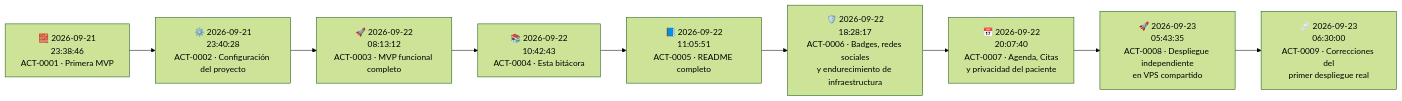
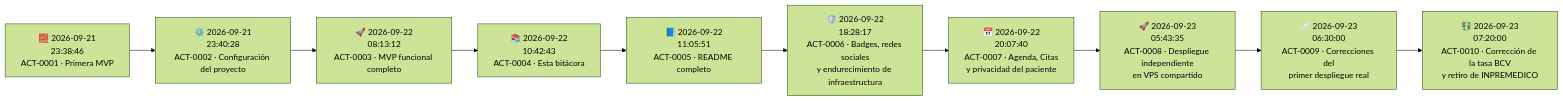
Before and after one commit to merchandev/guiamedicamonagas: the second of 2 diagrams in Actualizaciones.md, drawn with Mermaid (forest theme). The commit also changed other lines of this file, not shown here.

Commit message:
docs: log ACT-0010 in Actualizaciones.md

````diff
--- a/Actualizaciones.md
+++ b/Actualizaciones.md
@@ -104,14 +104,15 @@
 ```mermaid
 flowchart LR
     A[🧱 2026-09-21\n23:38:46\nACT-0001 · Primera MVP]
     B[⚙️ 2026-09-21\n23:40:28\nACT-0002 · Configuración del proyecto]
     C[🚀 2026-09-22\n08:13:12\nACT-0003 · MVP funcional completo]
     D[📚 2026-09-22\n10:42:43\nACT-0004 · Esta bitácora]
     E[📘 2026-09-22\n11:05:51\nACT-0005 · README completo]
     F[🛡️ 2026-09-22\n18:28:17\nACT-0006 · Badges, redes sociales\ny endurecimiento de infraestructura]
     G[📅 2026-09-22\n20:07:40\nACT-0007 · Agenda, Citas\ny privacidad del paciente]
     H[🚀 2026-09-23\n05:43:35\nACT-0008 · Despliegue independiente\nen VPS compartido]
     I[🩹 2026-09-23\n06:30:00\nACT-0009 · Correcciones del\nprimer despliegue real]
+    J[💱 2026-09-23\n07:20:00\nACT-0010 · Corrección de la tasa BCV\ny retiro de INPREMEDICO]
 
-    A --> B --> C --> D --> E --> F --> G --> H --> I
+    A --> B --> C --> D --> E --> F --> G --> H --> I --> J
 ```
````
